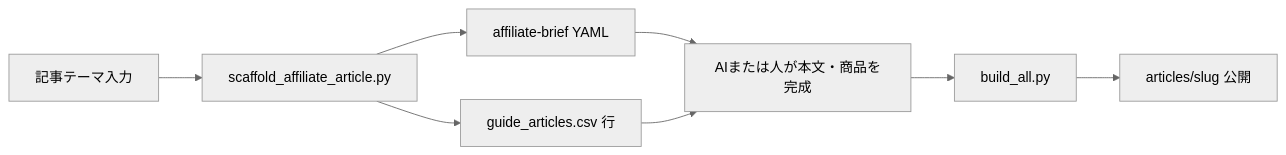
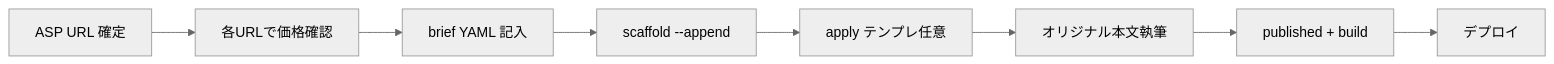
One commit to takkenshiken2026-sudo/unkan-master changed the diagram in docs/affiliate/auto-create-workflow.md. Above: the diagram before and after it, drawn with Mermaid (neutral theme). The commit also changed other lines of this file and 193 other files, not shown here.

````diff
--- a/docs/affiliate/auto-create-workflow.md
+++ b/docs/affiliate/auto-create-workflow.md
@@ -10,10 +12,10 @@
 ```mermaid
 flowchart LR
-  A[記事テーマ入力] --> B[scaffold_affiliate_article.py]
-  B --> C[affiliate-brief YAML]
-  B --> D[guide_articles.csv 行]
-  C --> E[AIまたは人が本文・商品を完成]
-  D --> E
-  E --> F[build_all.py]
-  F --> G[articles/slug 公開]
+  A[ASP URL 確定] --> B[各URLで価格確認]
+  B --> C[brief YAML 記入]
+  C --> D[scaffold --append]
+  D --> D2[apply テンプレ任意]
+  D2 --> E[オリジナル本文執筆]
+  E --> F[published + build]
+  F --> G[デプロイ]
 ```
````
